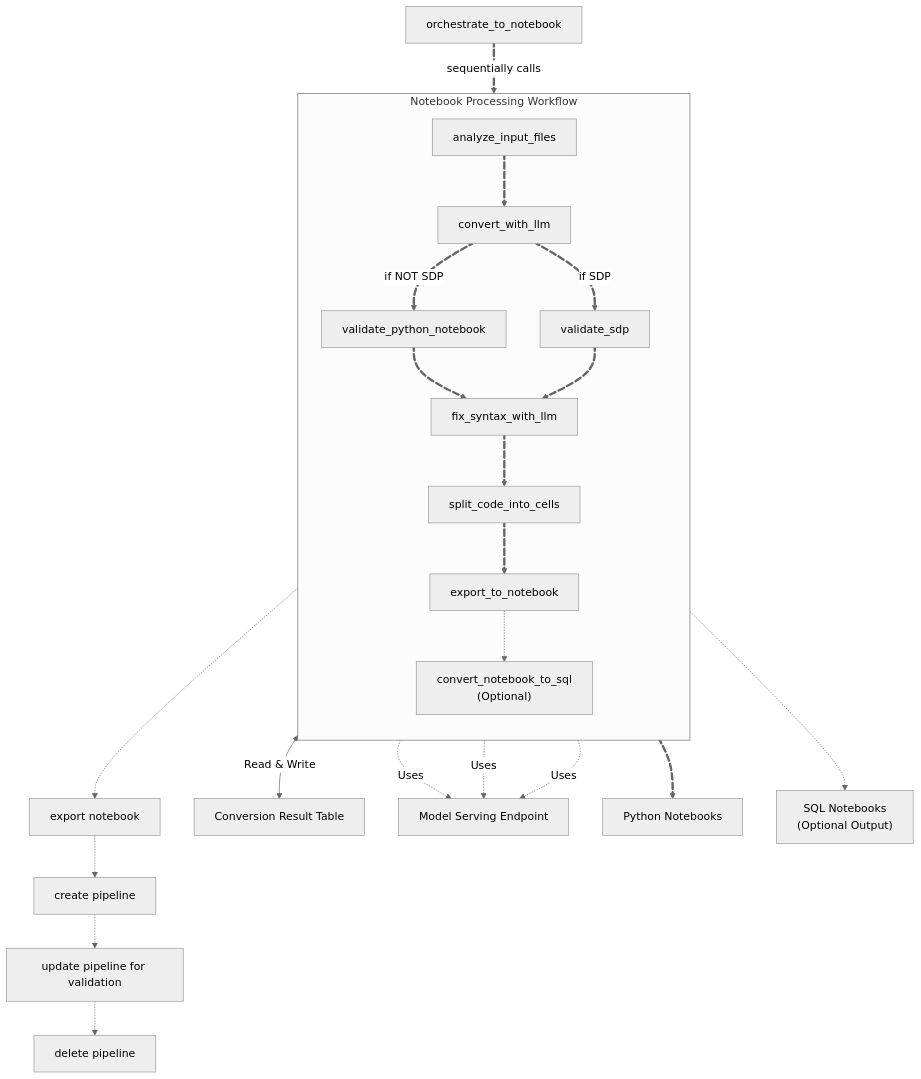
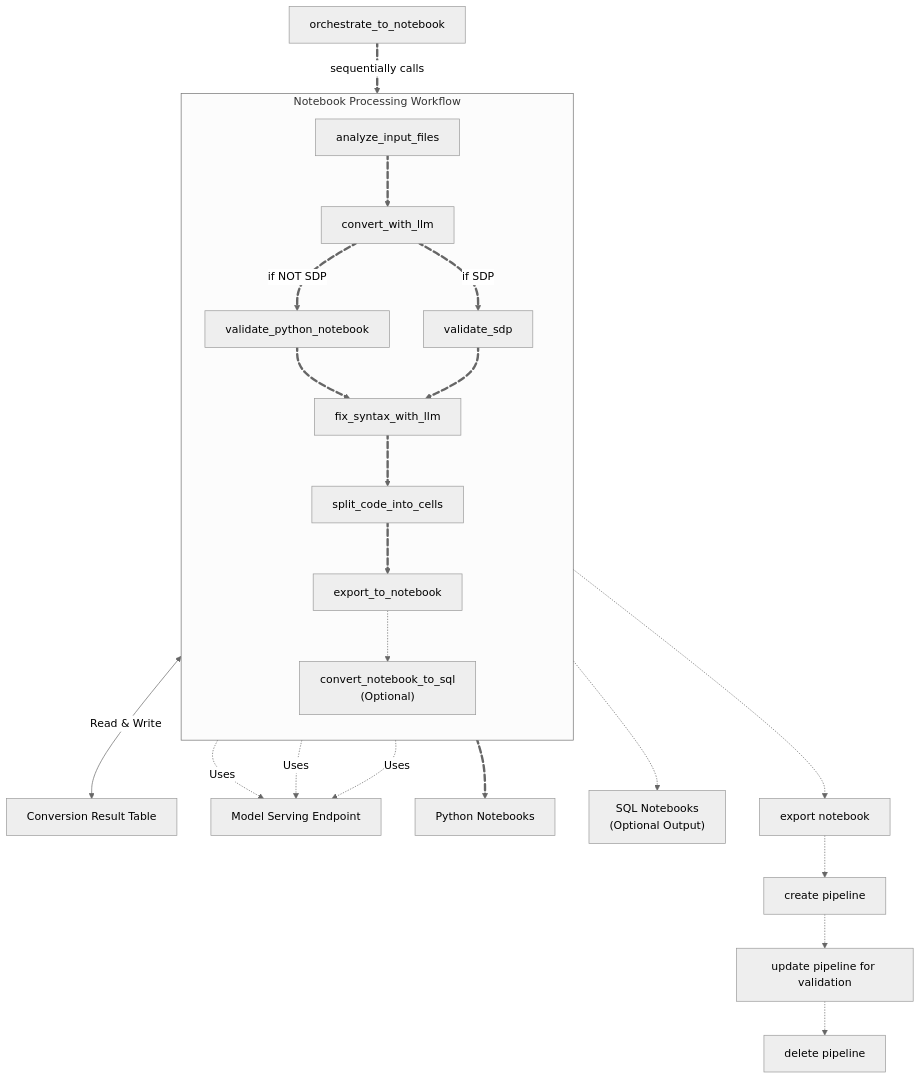
Before and after one commit to databrickslabs/lakebridge: the second of 3 diagrams in docs/lakebridge/docs/transpile/pluggable_transpilers/switch/index.mdx, drawn with Mermaid (neutral theme).

````diff
--- a/docs/lakebridge/docs/transpile/pluggable_transpilers/switch/index.mdx
+++ b/docs/lakebridge/docs/transpile/pluggable_transpilers/switch/index.mdx
@@ -334,45 +334,46 @@
 ```mermaid
 flowchart TD
     orchestrator[orchestrate_to_notebook] e1@==>|sequentially calls| processing
 
     subgraph processing ["Notebook Processing Workflow"]
         direction TB
         analyze[analyze_input_files] e2@==> convert[convert_with_llm]
 
         %% Branch: decide validation path
         convert e8@==>|if SDP| validate_sdp[validate_sdp]
         convert e3@==>|if NOT SDP| validate_nb[validate_python_notebook]
 
         %% Downstream connections - both validations flow to fix_syntax
         validate_nb e4@==> fix[fix_syntax_with_llm]
         validate_sdp e9@==> fix
 
         fix e5@==> split[split_code_into_cells]
         split e6@==> export[export_to_notebook]
         export -.-> sqlExport["convert_notebook_to_sql<br>(Optional)"]
     end
 
-    %% SDP validation pipeline operations 
-    validate_sdp -.-> export_notebook[export notebook]
-    export_notebook -.-> create_pipeline[create pipeline]
-    create_pipeline -.-> update_pipeline[update pipeline for validation]
-    update_pipeline -.-> delete_pipeline[delete pipeline]
-
     processing <-->|Read & Write| table[Conversion Result Table]
 
     convert -.->|Uses| endpoint[Model Serving Endpoint]
     fix -.->|Uses| endpoint
     sqlExport -.->|Uses| endpoint
 
     export e7@==> notebooks[Python Notebooks]
     sqlExport -.-> sqlNotebooks["SQL Notebooks<br>(Optional Output)"]
+
+    %% SDP validation pipeline operations 
+    validate_sdp -.-> export_notebook[export notebook]
+    export_notebook -.-> create_pipeline[create pipeline]
+    create_pipeline -.-> update_pipeline[update pipeline for validation]
+    update_pipeline -.-> delete_pipeline[delete pipeline]
+    
     e1@{ animate: true }
     e2@{ animate: true }
     e3@{ animate: true }
     e4@{ animate: true }
     e5@{ animate: true }
     e6@{ animate: true }
     e7@{ animate: true }
     e8@{ animate: true }
     e9@{ animate: true }
 ```
````
